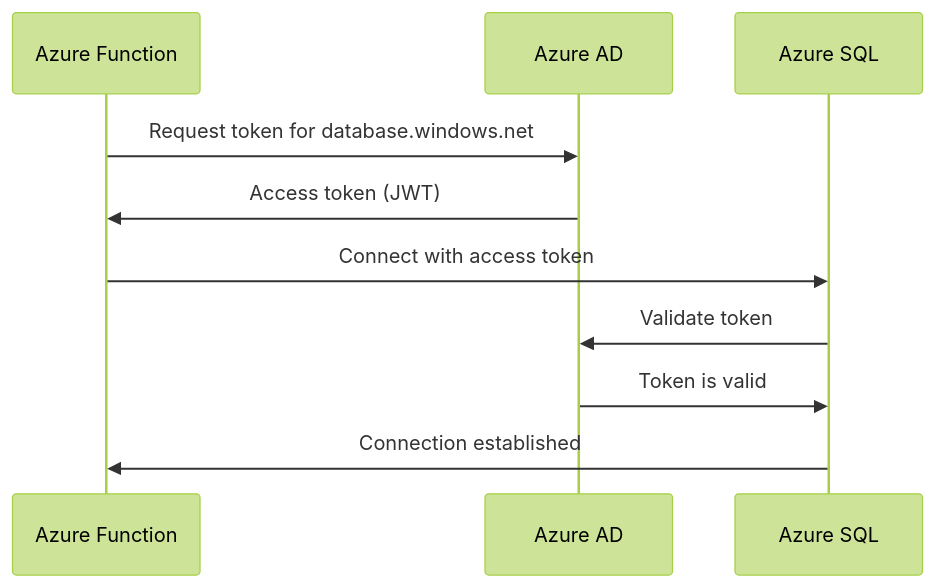
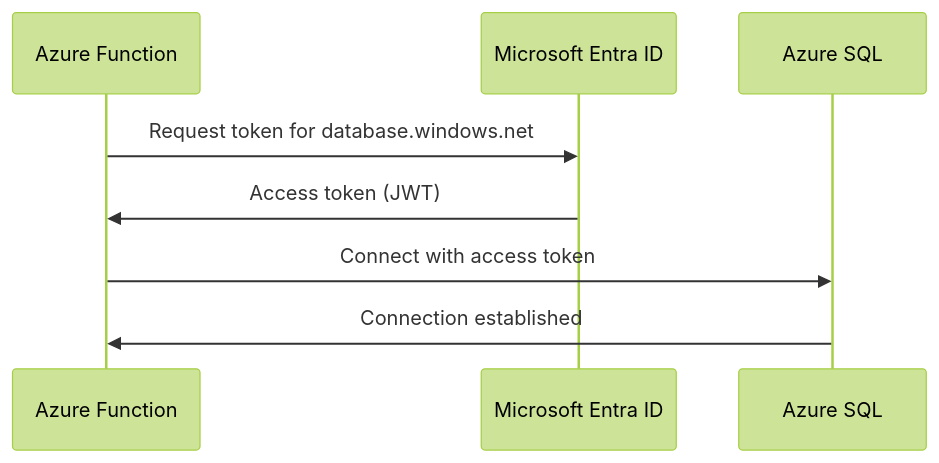
One commit to OneUptime/blog changed the diagram in posts/2026-02-16-how-to-connect-azure-functions-to-azure-sql-database-with-managed-identity/README.md. Above: the diagram before and after it, drawn with Mermaid (forest theme). The commit also changed other lines of this file and 2 other files, not shown here.

Commit message:
validate: 2026-02-16-how-to-connect-azure-functions-to-azure-sql-database-with-managed-identity

````diff
--- a/posts/2026-02-16-how-to-connect-azure-functions-to-azure-sql-database-with-managed-identity/README.md
+++ b/posts/2026-02-16-how-to-connect-azure-functions-to-azure-sql-database-with-managed-identity/README.md
@@ -19,12 +19,10 @@
 ```mermaid
 sequenceDiagram
     participant Func as Azure Function
-    participant AAD as Azure AD
+    participant Entra as Microsoft Entra ID
     participant SQL as Azure SQL
-    Func->>AAD: Request token for database.windows.net
-    AAD->>Func: Access token (JWT)
+    Func->>Entra: Request token for database.windows.net
+    Entra->>Func: Access token (JWT)
     Func->>SQL: Connect with access token
-    SQL->>AAD: Validate token
-    AAD->>SQL: Token is valid
     SQL->>Func: Connection established
 ```
````
